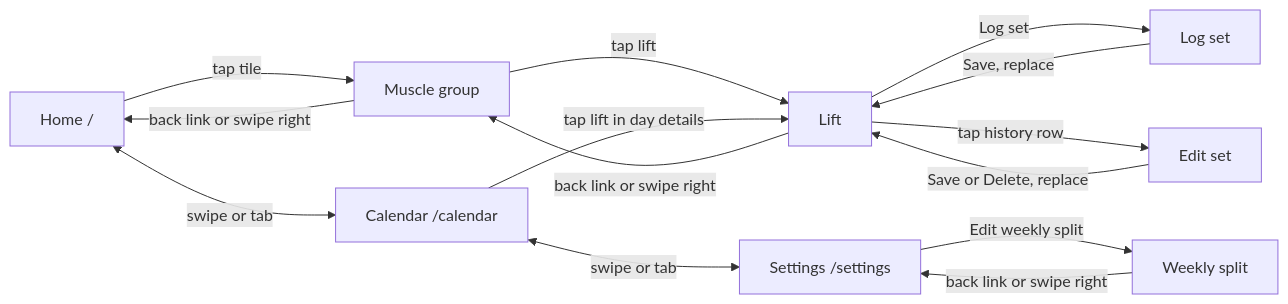
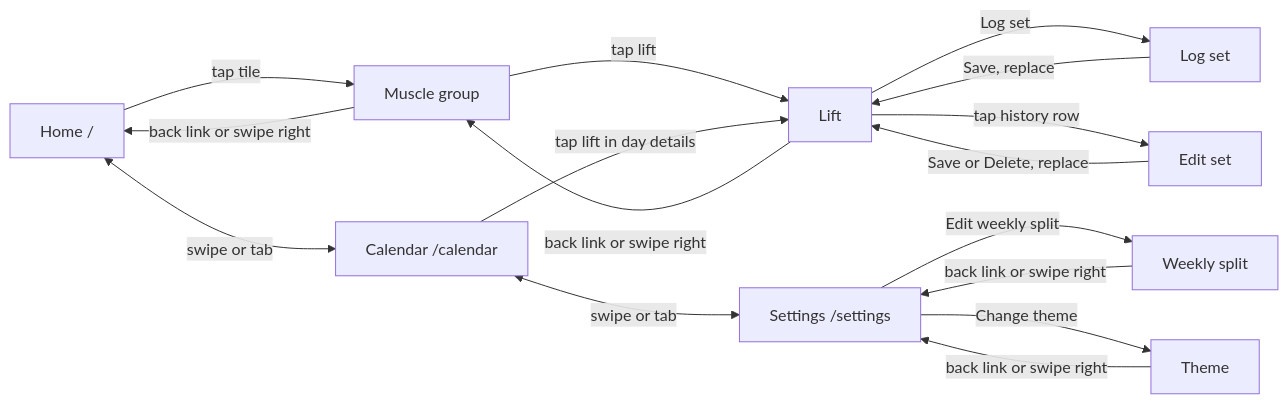
One commit to coopermay/fitness-tracker changed the second of 3 diagrams in docs/06-frontend/README.md. Above: the diagram before and after it, drawn with Mermaid. The commit also changed other lines of this file and 13 other files, not shown here.

````diff
--- a/docs/06-frontend/README.md
+++ b/docs/06-frontend/README.md
@@ -56,16 +57,18 @@
 ```mermaid
 flowchart LR
     Home["Home /"] -->|tap tile| MG["Muscle group"]
     MG -->|tap lift| Lift["Lift"]
     Lift -->|Log set| Log["Log set"]
     Lift -->|tap history row| Edit["Edit set"]
     Log -->|Save, replace| Lift
     Edit -->|Save or Delete, replace| Lift
     MG -->|back link or swipe right| Home
     Lift -->|back link or swipe right| MG
     Cal["Calendar /calendar"] -->|tap lift in day details| Lift
     Home <-->|swipe or tab| Cal
     Cal <-->|swipe or tab| Set["Settings /settings"]
     Set -->|Edit weekly split| Split["Weekly split"]
     Split -->|back link or swipe right| Set
+    Set -->|Change theme| Theme["Theme"]
+    Theme -->|back link or swipe right| Set
 ```
````
